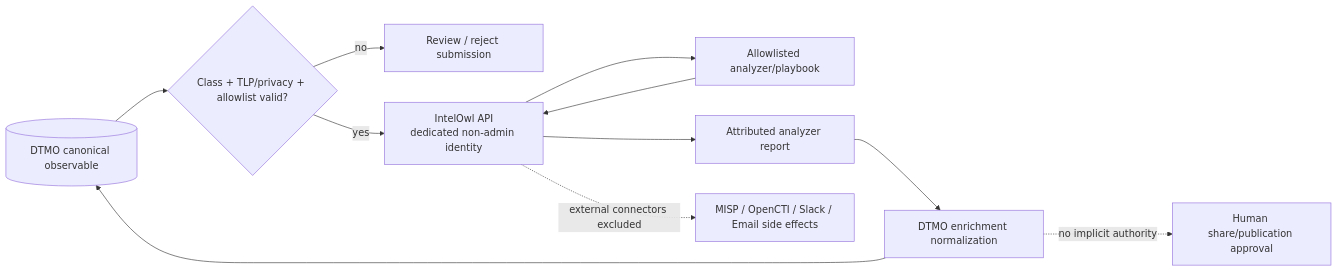
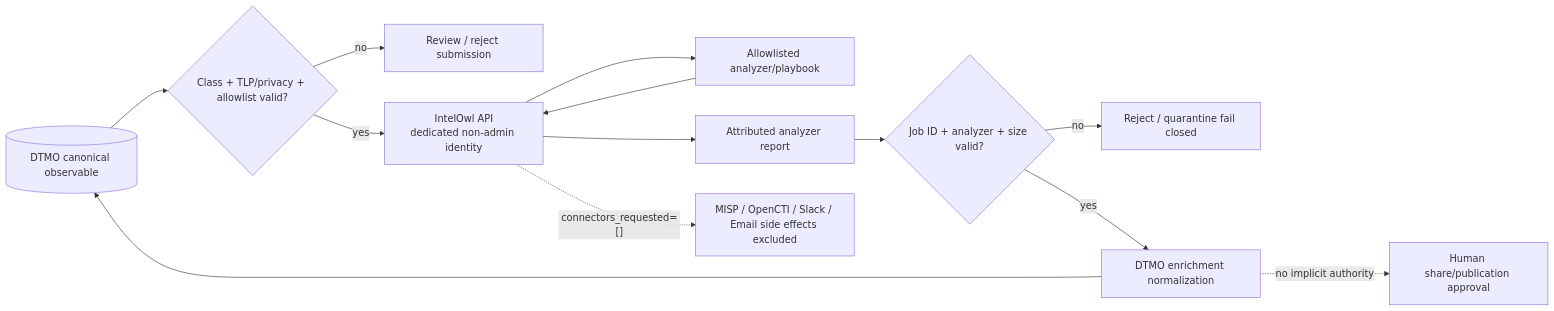
One commit to GJvManen/dtmo changed the diagram in docs/security/SECURITY_OVERVIEW.md. Above: the diagram before and after it, drawn with Mermaid. The commit also changed other lines of this file, not shown here.

````diff
--- a/docs/security/SECURITY_OVERVIEW.md
+++ b/docs/security/SECURITY_OVERVIEW.md
@@ -54,13 +54,15 @@
 ```mermaid
 flowchart LR
     C[(DTMO canonical observable)] --> P{Class + TLP/privacy + allowlist valid?}
     P -->|no| R[Review / reject submission]
     P -->|yes| I[IntelOwl API\ndedicated non-admin identity]
     I --> A[Allowlisted analyzer/playbook]
     A --> I
     I --> E[Attributed analyzer report]
-    E --> N[DTMO enrichment normalization]
+    E --> V{Job ID + analyzer + size valid?}
+    V -->|no| Q[Reject / quarantine fail closed]
+    V -->|yes| N[DTMO enrichment normalization]
     N --> C
-    I -. external connectors excluded .-> X[MISP / OpenCTI / Slack / Email side effects]
+    I -. connectors_requested=[] .-> X[MISP / OpenCTI / Slack / Email side effects excluded]
     N -. no implicit authority .-> H[Human share/publication approval]
 ```
````
